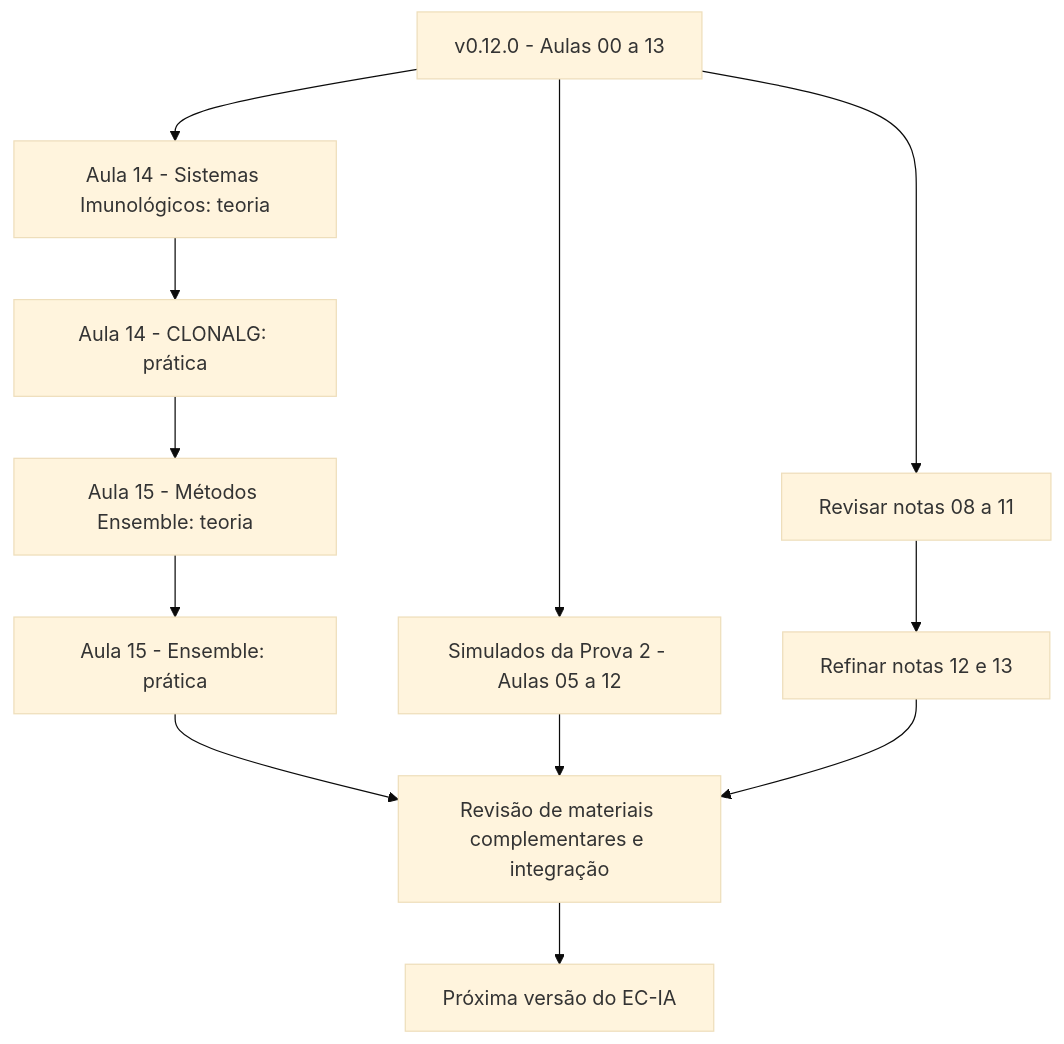
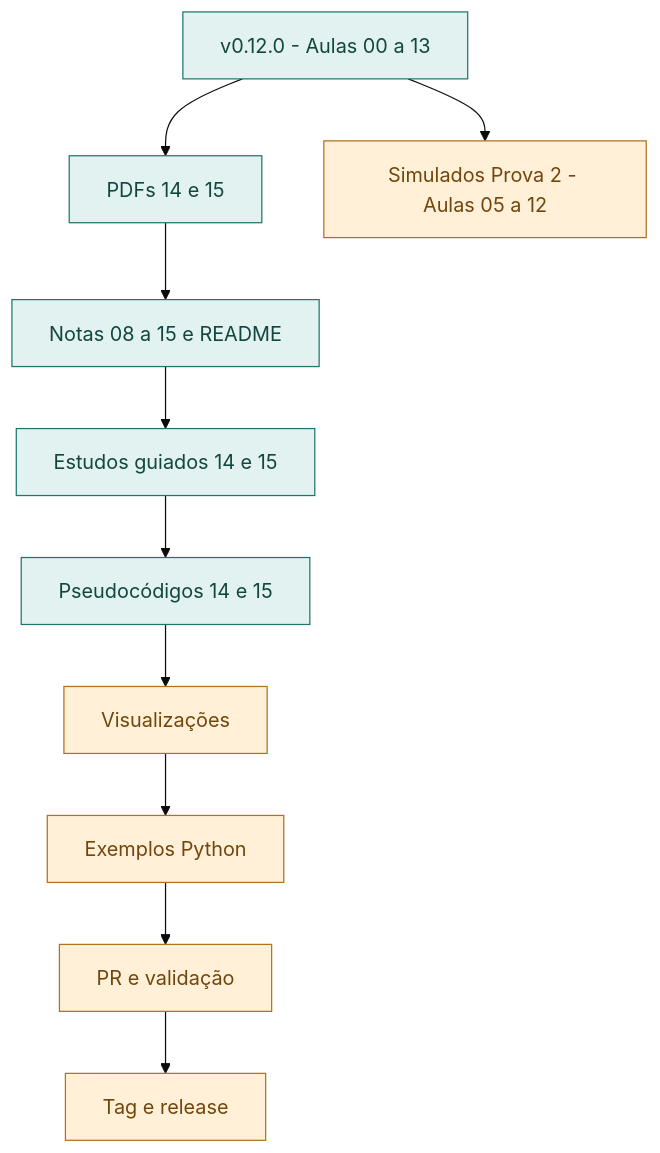
One commit to tiagofga/EC-IA changed the diagram in docs/roadmap.md. Above: the diagram before and after it, drawn with Mermaid (base theme). The commit also changed other lines of this file and 18 other files, not shown here.

Commit message:
docs(pseudocodigos): add immune and ensemble algorithms and update roadmap

````diff
--- a/docs/roadmap.md
+++ b/docs/roadmap.md
@@ -39,14 +51,16 @@
 ```mermaid
 flowchart TD
-  A["v0.12.0 - Aulas 00 a 13"] --> B["Aula 14 - Sistemas Imunológicos: teoria"]
-  B --> C["Aula 14 - CLONALG: prática"]
-  C --> D["Aula 15 - Métodos Ensemble: teoria"]
-  D --> E["Aula 15 - Ensemble: prática"]
-  E --> F["Revisão de materiais complementares e integração"]
-  F --> G["Próxima versão do EC-IA"]
-  A --> H["Simulados da Prova 2 - Aulas 05 a 12"]
-  H --> F
-  A --> I["Revisar notas 08 a 11"]
-  I --> J["Refinar notas 12 e 13"]
-  J --> F
+  A["v0.12.0 - Aulas 00 a 13"] --> B["PDFs 14 e 15"]
+  B --> C["Notas 08 a 15 e README"]
+  C --> D["Estudos guiados 14 e 15"]
+  D --> E["Pseudocódigos 14 e 15"]
+  E --> F["Visualizações"]
+  F --> G["Exemplos Python"]
+  G --> H["PR e validação"]
+  H --> I["Tag e release"]
+  A --> J["Simulados Prova 2 - Aulas 05 a 12"]
+  classDef done fill:#e1f2f0,stroke:#20766c,color:#12463f;
+  classDef pending fill:#fff0d7,stroke:#ad7321,color:#71460c;
+  class A,B,C,D,E done;
+  class F,G,H,I,J pending;
 ```
````
